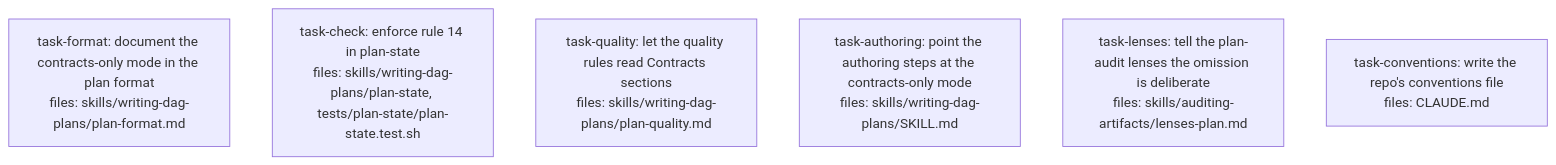
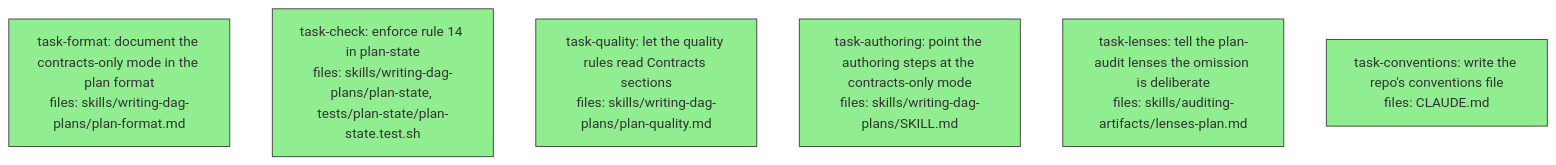
The diagram in docs/superpowers/plans/2026-11-12-d1-prerequisites-dag.md (BrettNye/parallel-dag-execution), drawn with Mermaid before and after one commit. The commit also changed other lines of this file, not shown here.

Commit message:
docs(plans): record the D1 prerequisites run, 6 of 6 done

````diff
--- a/docs/superpowers/plans/2026-11-12-d1-prerequisites-dag.md
+++ b/docs/superpowers/plans/2026-11-12-d1-prerequisites-dag.md
@@ -8,15 +8,15 @@
 ```mermaid
 flowchart TD
-    task-format["task-format: document the contracts-only mode in the plan format<br/>files: skills/writing-dag-plans/plan-format.md"]
-    task-check["task-check: enforce rule 14 in plan-state<br/>files: skills/writing-dag-plans/plan-state, tests/plan-state/plan-state.test.sh"]
-    task-quality["task-quality: let the quality rules read Contracts sections<br/>files: skills/writing-dag-plans/plan-quality.md"]
-    task-authoring["task-authoring: point the authoring steps at the contracts-only mode<br/>files: skills/writing-dag-plans/SKILL.md"]
-    task-lenses["task-lenses: tell the plan-audit lenses the omission is deliberate<br/>files: skills/auditing-artifacts/lenses-plan.md"]
-    task-conventions["task-conventions: write the repo's conventions file<br/>files: CLAUDE.md"]
+    task-format["task-format: document the contracts-only mode in the plan format<br/>files: skills/writing-dag-plans/plan-format.md"]:::done
+    task-check["task-check: enforce rule 14 in plan-state<br/>files: skills/writing-dag-plans/plan-state, tests/plan-state/plan-state.test.sh"]:::done
+    task-quality["task-quality: let the quality rules read Contracts sections<br/>files: skills/writing-dag-plans/plan-quality.md"]:::done
+    task-authoring["task-authoring: point the authoring steps at the contracts-only mode<br/>files: skills/writing-dag-plans/SKILL.md"]:::done
+    task-lenses["task-lenses: tell the plan-audit lenses the omission is deliberate<br/>files: skills/auditing-artifacts/lenses-plan.md"]:::done
+    task-conventions["task-conventions: write the repo's conventions file<br/>files: CLAUDE.md"]:::done
 
     classDef done fill:#90ee90,stroke:#333
     classDef running fill:#87ceeb,stroke:#333
     classDef ready fill:#fffacd,stroke:#333
     classDef failed fill:#ffb6c1,stroke:#333
     classDef skipped fill:#d3d3d3,stroke:#333,stroke-dasharray: 5 5
 ```
````
